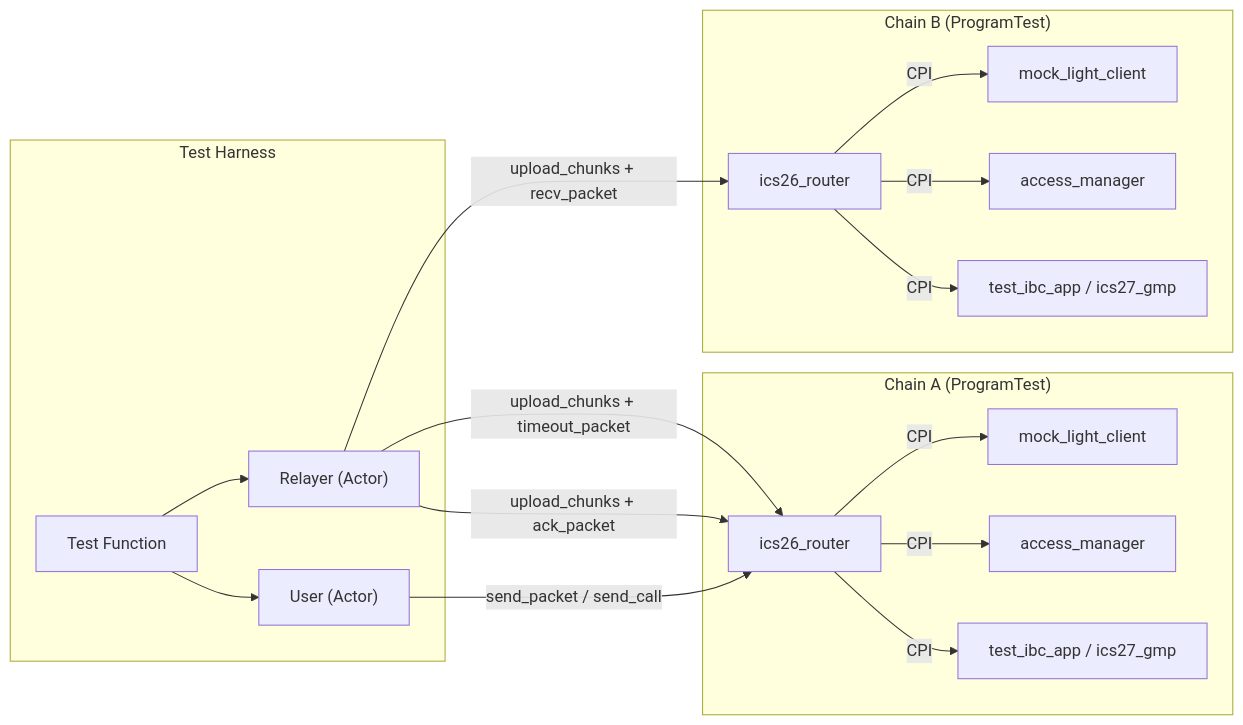
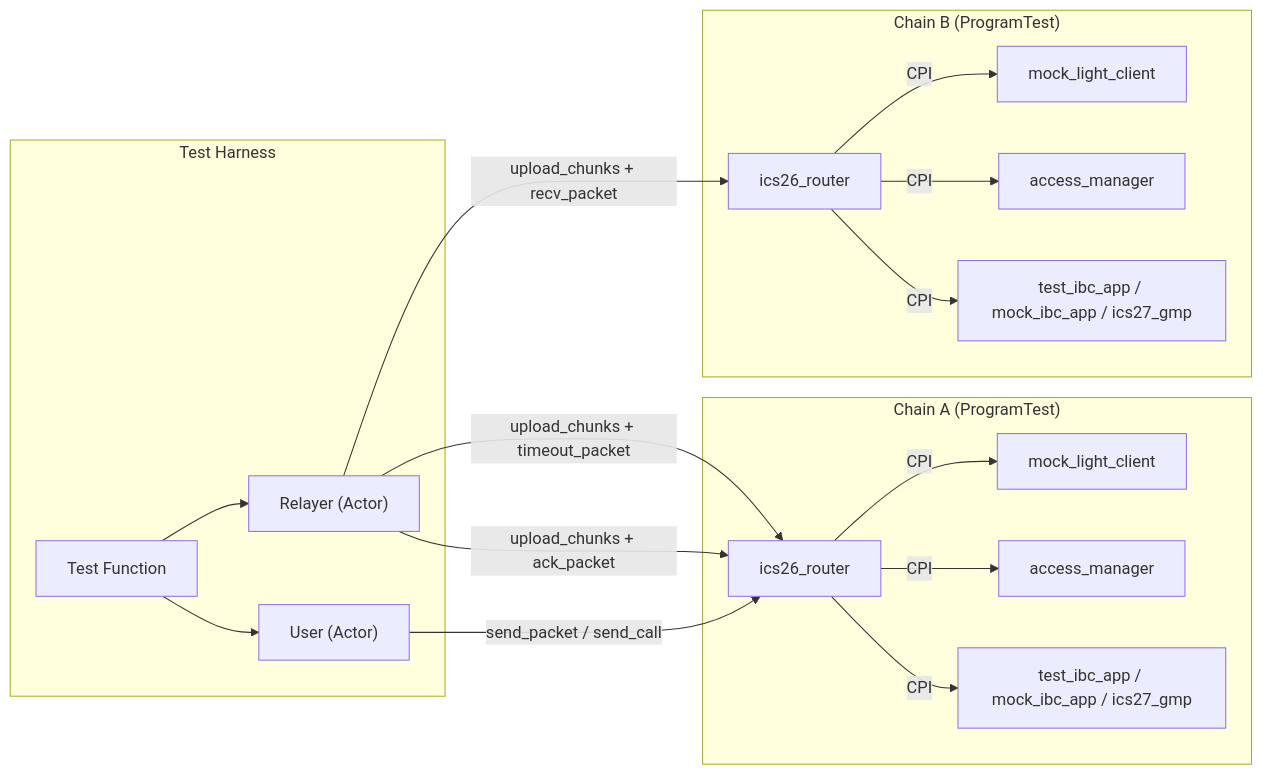
The first of 7 diagrams in programs/solana/integration-tests/README.md (cosmos/solidity-ibc-eureka), drawn with Mermaid before and after one commit. The commit also changed other lines of this file and 10 other files, not shown here.

````diff
--- a/programs/solana/integration-tests/README.md
+++ b/programs/solana/integration-tests/README.md
@@ -7,35 +7,35 @@
 ```mermaid
 graph LR
     subgraph "Test Harness"
         Test["Test Function"]
         User["User (Actor)"]
         Relayer["Relayer (Actor)"]
     end
 
     subgraph "Chain A (ProgramTest)"
         RA["ics26_router"]
         MCA["mock_light_client"]
         AMA["access_manager"]
-        AppA["test_ibc_app / ics27_gmp"]
+        AppA["test_ibc_app / mock_ibc_app / ics27_gmp"]
     end
 
     subgraph "Chain B (ProgramTest)"
         RB["ics26_router"]
         MCB["mock_light_client"]
         AMB["access_manager"]
-        AppB["test_ibc_app / ics27_gmp"]
+        AppB["test_ibc_app / mock_ibc_app / ics27_gmp"]
     end
 
     Test --> User
     Test --> Relayer
     User -->|send_packet / send_call| RA
     Relayer -->|upload_chunks + recv_packet| RB
     Relayer -->|upload_chunks + ack_packet| RA
     Relayer -->|upload_chunks + timeout_packet| RA
     RA -->|CPI| MCA
     RA -->|CPI| AMA
     RA -->|CPI| AppA
     RB -->|CPI| MCB
     RB -->|CPI| AMB
     RB -->|CPI| AppB
 ```
````
